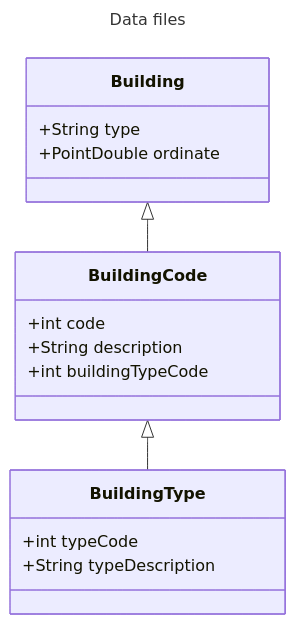
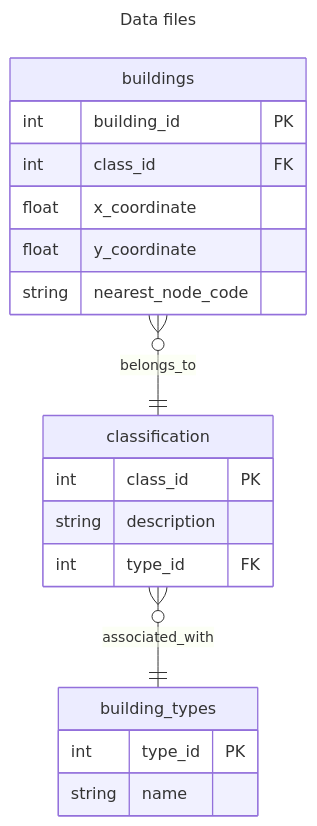
Before and after one commit to nclwater/FIRM2: the diagram in FILEFORMATS.md, drawn with Mermaid. The commit also changed other lines of this file, not shown here.

````diff
--- a/FILEFORMATS.md
+++ b/FILEFORMATS.md
@@ -5,21 +5,28 @@
 ```mermaid
 ---
 title: Data files
 ---
-classDiagram
-    class Building {
-        +String type
-        +PointDouble ordinate
+erDiagram
+    buildings {
+        int building_id PK
+        int class_id FK
+        float x_coordinate
+        float y_coordinate
+        string nearest_node_code
     }
-    class BuildingCode{
-        +int code
-        +String description
-        +int buildingTypeCode
+    
+    classification {
+        int class_id PK
+        string description
+        int type_id FK
     }
-    class BuildingType {
-        +int typeCode
-        +String typeDescription
+        
+    building_types {
+        int type_id PK
+        string name
     }
-    Building <|-- BuildingCode
-    BuildingCode <|-- BuildingType
+    
+    buildings }o--|| classification : belongs_to
+    classification }o--|| building_types : associated_with
+    
 ```
````
